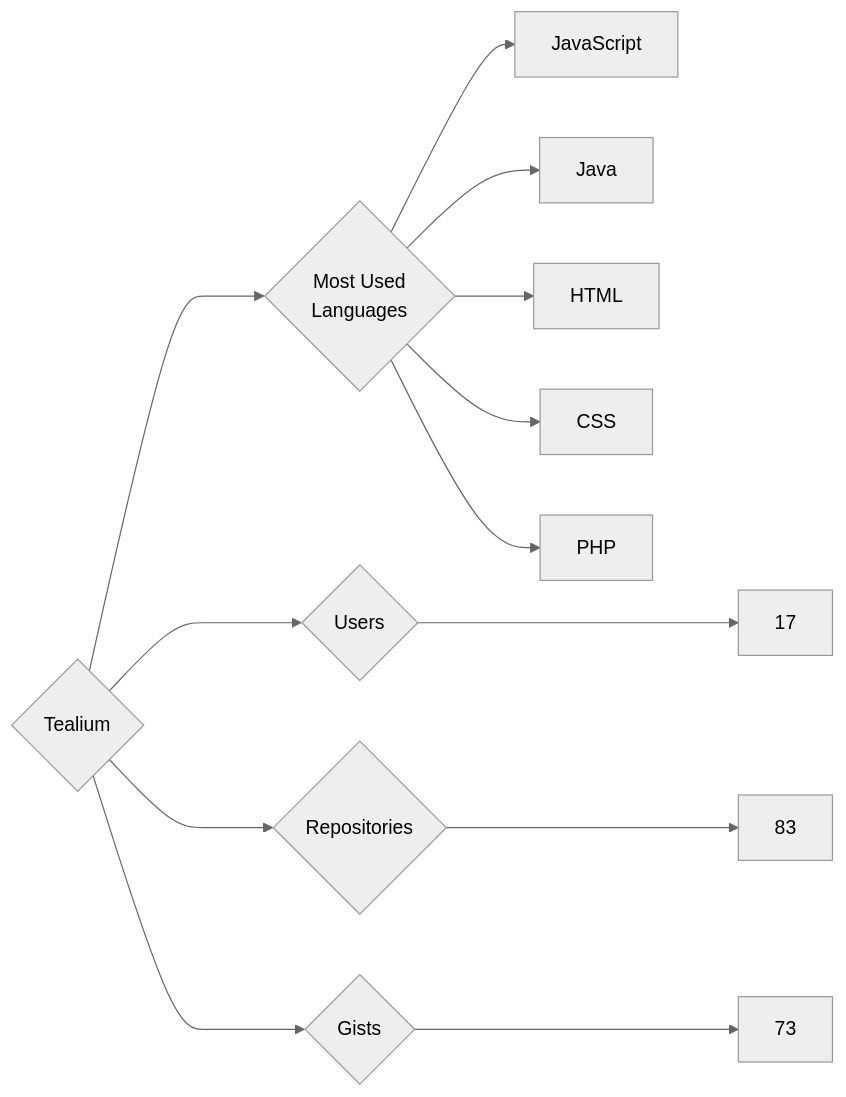
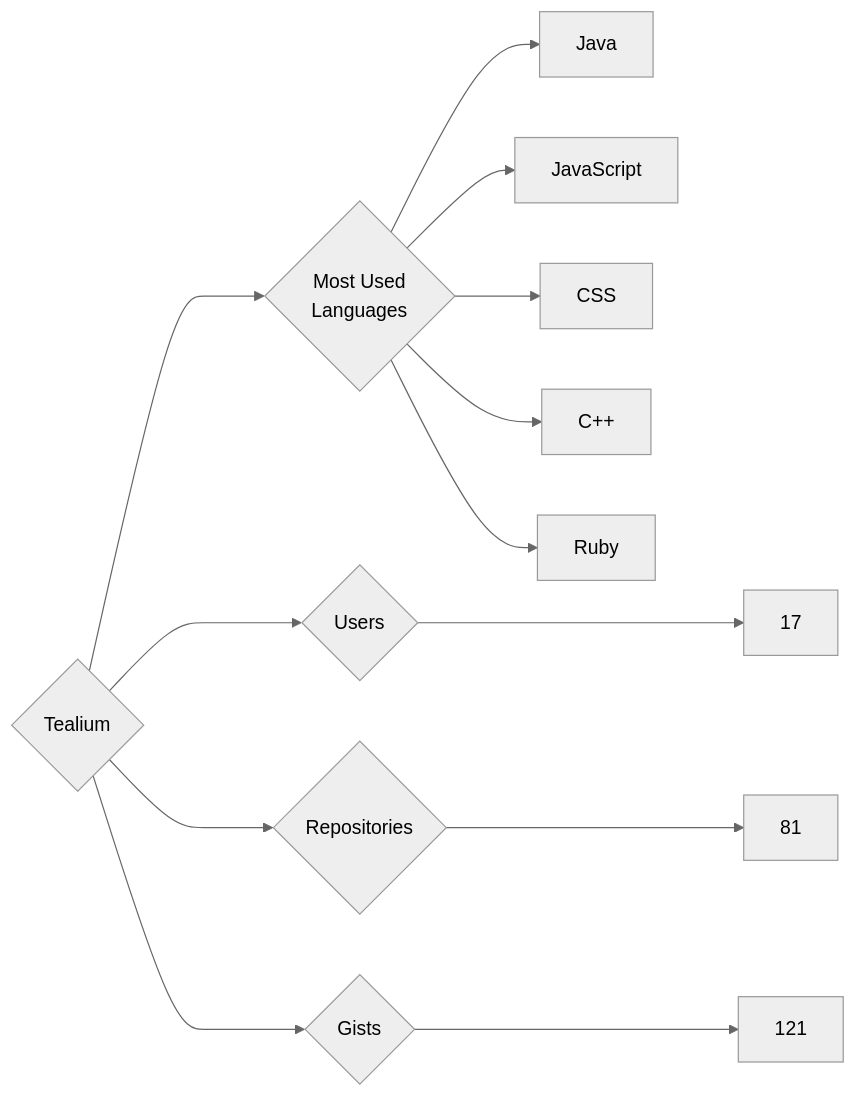
The diagram in targets/Tealium/README.md (trickest/insiders), drawn with Mermaid (neutral theme) before and after one commit. The commit also changed 695 other files, not shown here.

````diff
--- a/targets/Tealium/README.md
+++ b/targets/Tealium/README.md
@@ -3,13 +3,13 @@
 ```mermaid
 graph LR
 COMPANY_NAME{Tealium}
 COMPANY_NAME ---> U{Users} ---> UN[17]
-COMPANY_NAME ---> R{Repositories} ---> RN[83]
-COMPANY_NAME ---> G{Gists} ---> GN[73]
+COMPANY_NAME ---> R{Repositories} ---> RN[81]
+COMPANY_NAME ---> G{Gists} ---> GN[121]
 COMPANY_NAME ---> ML{Most Used<br>Languages}
+ML --> Java[Java]
 ML --> JavaScript[JavaScript]
-ML --> Java[Java]
-ML --> HTML[HTML]
 ML --> CSS[CSS]
-ML --> PHP[PHP]
+ML --> C++[C++]
+ML --> Ruby[Ruby]
 ```
````
